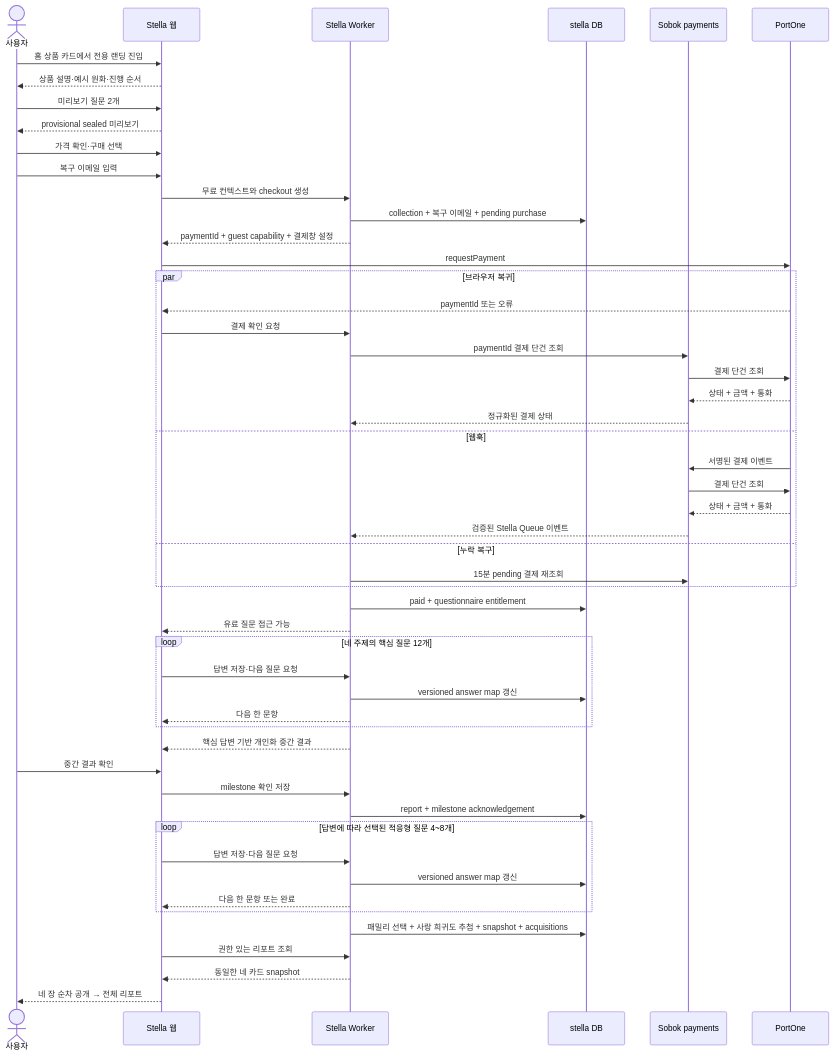
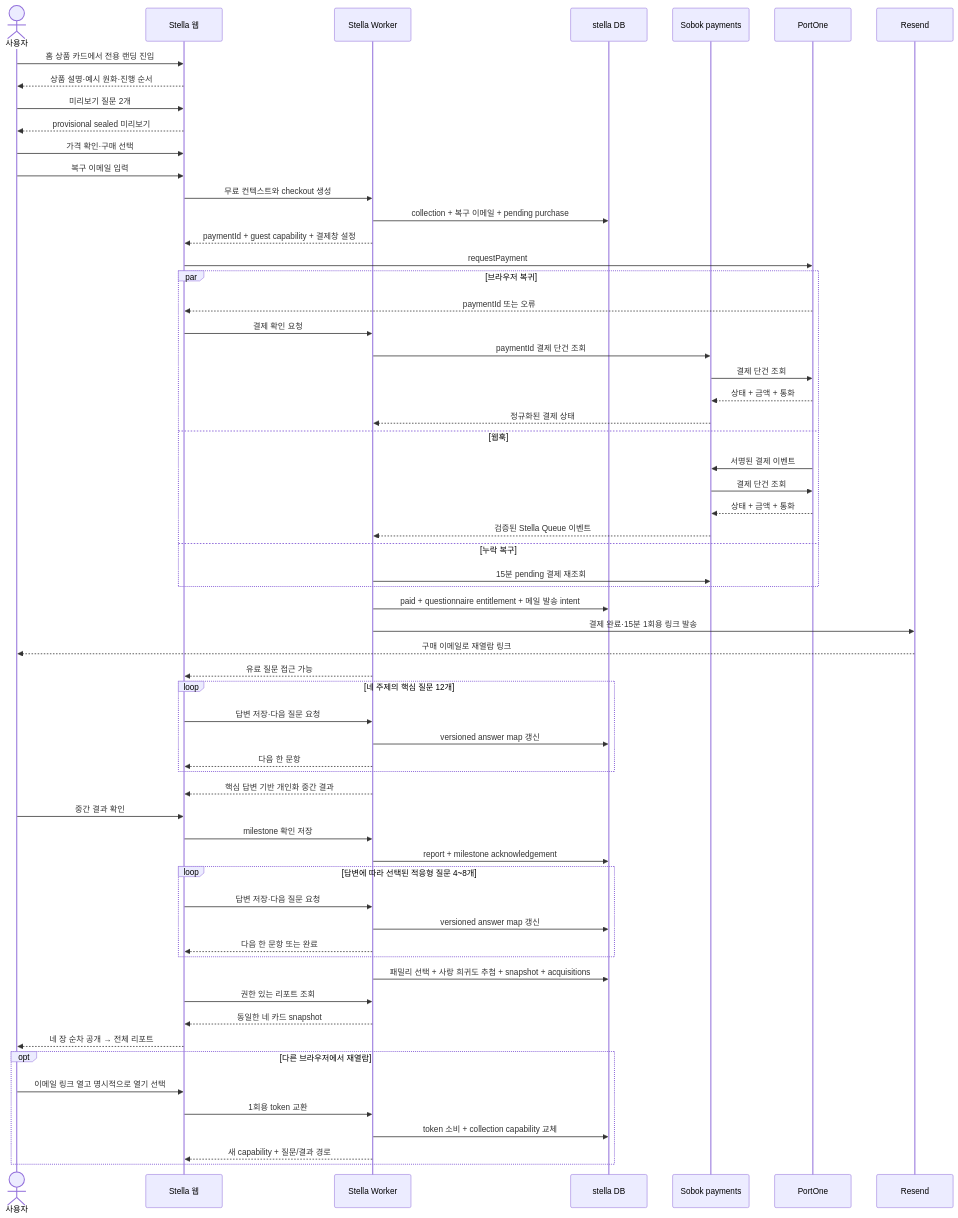
Before and after one commit to sobok2026/sobok: the diagram in apps/stella/design/zodiac-guardians/korea-paid-report-vertical-slice.md, drawn with Mermaid. The commit also changed other lines of this file and 43 other files, not shown here.

Commit message:
feat(stella): complete paid report recovery flow

````diff
--- a/apps/stella/design/zodiac-guardians/korea-paid-report-vertical-slice.md
+++ b/apps/stella/design/zodiac-guardians/korea-paid-report-vertical-slice.md
@@ -101,57 +105,67 @@
 ```mermaid
 sequenceDiagram
   actor U as 사용자
   participant B as Stella 웹
   participant W as Stella Worker
   participant D as stella DB
   participant X as Sobok payments
   participant P as PortOne
+  participant M as Resend
 
   U->>B: 홈 상품 카드에서 전용 랜딩 진입
   B-->>U: 상품 설명·예시 원화·진행 순서
   U->>B: 미리보기 질문 2개
   B-->>U: provisional sealed 미리보기
   U->>B: 가격 확인·구매 선택
   U->>B: 복구 이메일 입력
   B->>W: 무료 컨텍스트와 checkout 생성
   W->>D: collection + 복구 이메일 + pending purchase
   W-->>B: paymentId + guest capability + 결제창 설정
   B->>P: requestPayment
 
   par 브라우저 복귀
     P-->>B: paymentId 또는 오류
     B->>W: 결제 확인 요청
     W->>X: paymentId 결제 단건 조회
     X->>P: 결제 단건 조회
     P-->>X: 상태 + 금액 + 통화
     X-->>W: 정규화된 결제 상태
   and 웹훅
     P->>X: 서명된 결제 이벤트
     X->>P: 결제 단건 조회
     P-->>X: 상태 + 금액 + 통화
     X-->>W: 검증된 Stella Queue 이벤트
   and 누락 복구
     W->>X: 15분 pending 결제 재조회
   end
 
-  W->>D: paid + questionnaire entitlement
+  W->>D: paid + questionnaire entitlement + 메일 발송 intent
+  W->>M: 결제 완료·15분 1회용 링크 발송
+  M-->>U: 구매 이메일로 재열람 링크
   W-->>B: 유료 질문 접근 가능
   loop 네 주제의 핵심 질문 12개
     B->>W: 답변 저장·다음 질문 요청
     W->>D: versioned answer map 갱신
     W-->>B: 다음 한 문항
   end
   W-->>B: 핵심 답변 기반 개인화 중간 결과
   U->>B: 중간 결과 확인
   B->>W: milestone 확인 저장
   W->>D: report + milestone acknowledgement
   loop 답변에 따라 선택된 적응형 질문 4~8개
     B->>W: 답변 저장·다음 질문 요청
     W->>D: versioned answer map 갱신
     W-->>B: 다음 한 문항 또는 완료
   end
   W->>D: 패밀리 선택 + 사랑 희귀도 추첨 + snapshot + acquisitions
   B->>W: 권한 있는 리포트 조회
   W-->>B: 동일한 네 카드 snapshot
   B-->>U: 네 장 순차 공개 → 전체 리포트
+
+  opt 다른 브라우저에서 재열람
+    U->>B: 이메일 링크 열고 명시적으로 열기 선택
+    B->>W: 1회용 token 교환
+    W->>D: token 소비 + collection capability 교체
+    W-->>B: 새 capability + 질문/결과 경로
+  end
 ```
````
